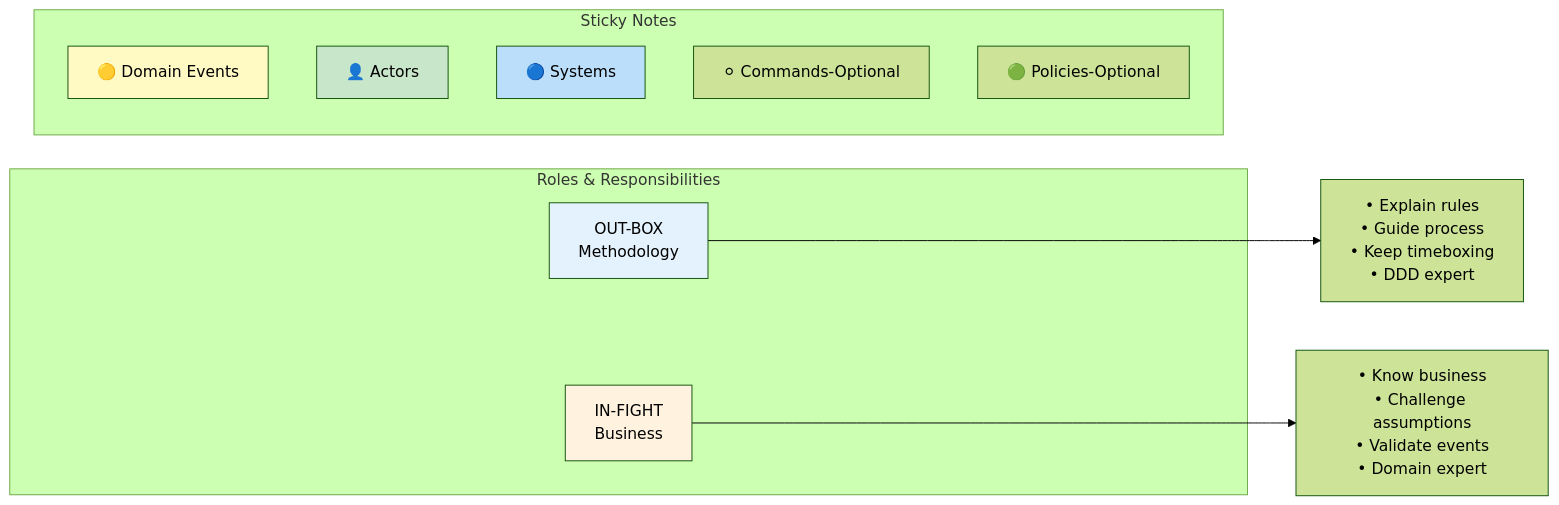
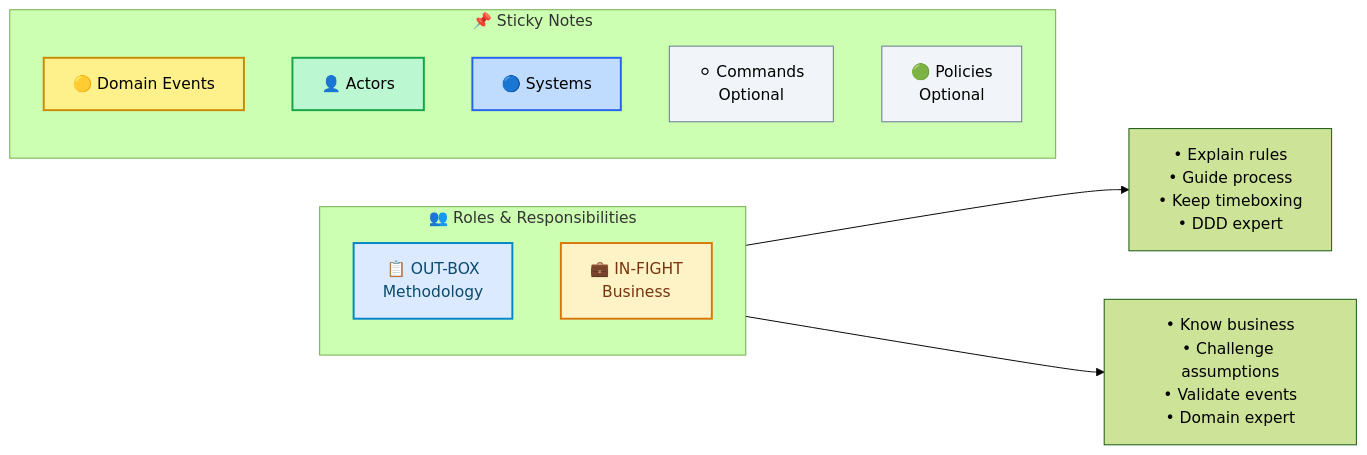
Before and after one commit to jirayusueb/memo-vault: the second of 7 diagrams in 00-INBOX/practical-ddd-big-picture-eventstorming.md, drawn with Mermaid (forest theme). The commit also changed other lines of this file, not shown here.

Commit message:
Remove: Excalidraw, enhance Mermaid + PlantUML with custom theme

````diff
--- a/00-INBOX/practical-ddd-big-picture-eventstorming.md
+++ b/00-INBOX/practical-ddd-big-picture-eventstorming.md
@@ -48,24 +75,27 @@
 ```mermaid
 graph LR
-    subgraph ROLES["Roles & Responsibilities"]
-        OutBox[OUT-BOX<br/>Methodology]
-        InFight[IN-FIGHT<br/>Business]
+    subgraph ROLES["👥 Roles & Responsibilities"]
+        direction TB
+        OutBox[📋 OUT-BOX<br/>Methodology]
+        InFight[💼 IN-FIGHT<br/>Business]
     end
 
     OutBox --> OutBoxTasks[• Explain rules<br/>• Guide process<br/>• Keep timeboxing<br/>• DDD expert]
     InFight --> InFightTasks[• Know business<br/>• Challenge assumptions<br/>• Validate events<br/>• Domain expert]
 
-    subgraph STICKY["Sticky Notes"]
+    subgraph STICKY["📌 Sticky Notes"]
         D[🟡 Domain Events]
         A[👤 Actors]
         S[🔵 Systems]
-        C[⚪ Commands-Optional]
-        P[🟢 Policies-Optional]
+        C[⚪ Commands<br/>Optional]
+        P[🟢 Policies<br/>Optional]
     end
 
-    style OutBox fill:#e3f2fd
-    style InFight fill:#fff3e0
-    style D fill:#fff9c4
-    style A fill:#c8e6c9
-    style S fill:#bbdefb
+    style OutBox fill:#dbeafe,stroke:#0284c7,stroke-width:2px,color:#0c4a6e
+    style InFight fill:#fef3c7,stroke:#d97706,stroke-width:2px,color:#78350f
+    style D fill:#fef08a,stroke:#ca8a04,stroke-width:2px
+    style A fill:#bbf7d0,stroke:#16a34a,stroke-width:2px
+    style S fill:#bfdbfe,stroke:#2563eb,stroke-width:2px
+    style C fill:#f1f5f9,stroke:#64748b,stroke-width:1px
+    style P fill:#f1f5f9,stroke:#64748b,stroke-width:1px
 ```
````
